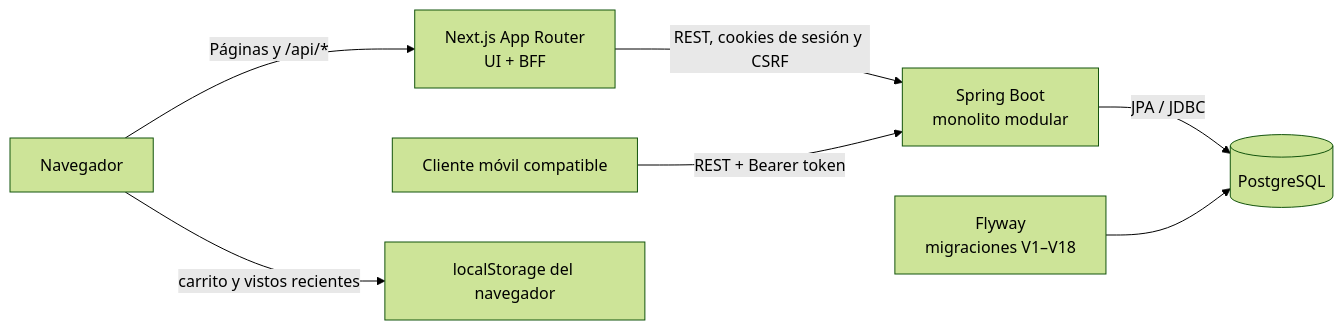
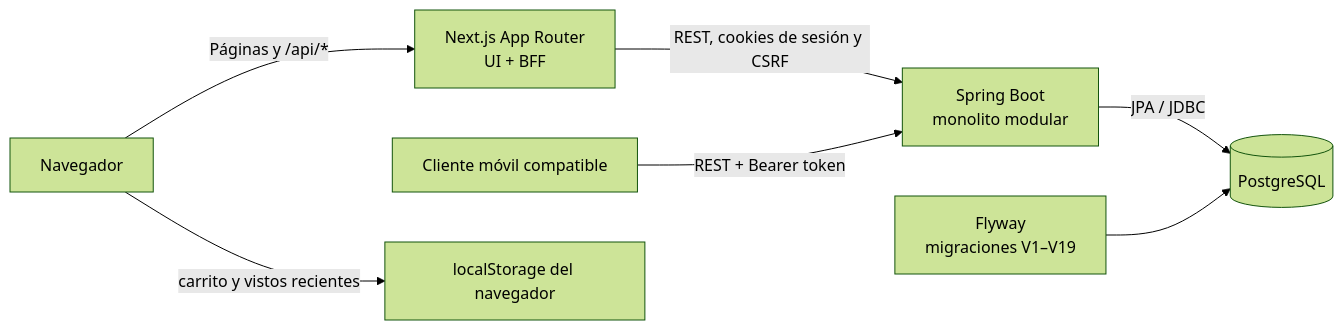
The diagram in docs/contexto-proyecto.md (EmirGutierrez/nexo-e-commerce), drawn with Mermaid (forest theme) before and after one commit. The commit also changed other lines of this file and 14 other files, not shown here.

````diff
--- a/docs/contexto-proyecto.md
+++ b/docs/contexto-proyecto.md
@@ -13,9 +13,9 @@
 ```mermaid
 flowchart LR
     Browser["Navegador"] -->|Páginas y /api/*| Next["Next.js App Router<br/>UI + BFF"]
     Next -->|REST, cookies de sesión y CSRF| Spring["Spring Boot<br/>monolito modular"]
     Mobile["Cliente móvil compatible"] -->|REST + Bearer token| Spring
     Spring -->|JPA / JDBC| PG[("PostgreSQL")]
-    Flyway["Flyway<br/>migraciones V1–V18"] --> PG
+Flyway["Flyway<br/>migraciones V1–V19"] --> PG
     Browser -->|carrito y vistos recientes| Local["localStorage del navegador"]
 ```
````
